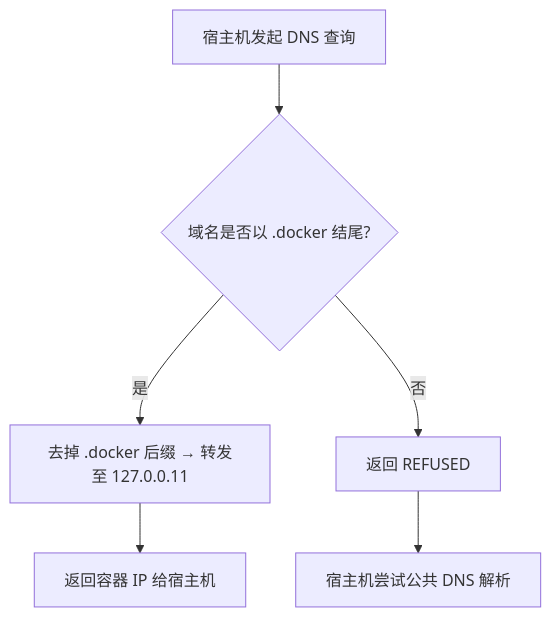
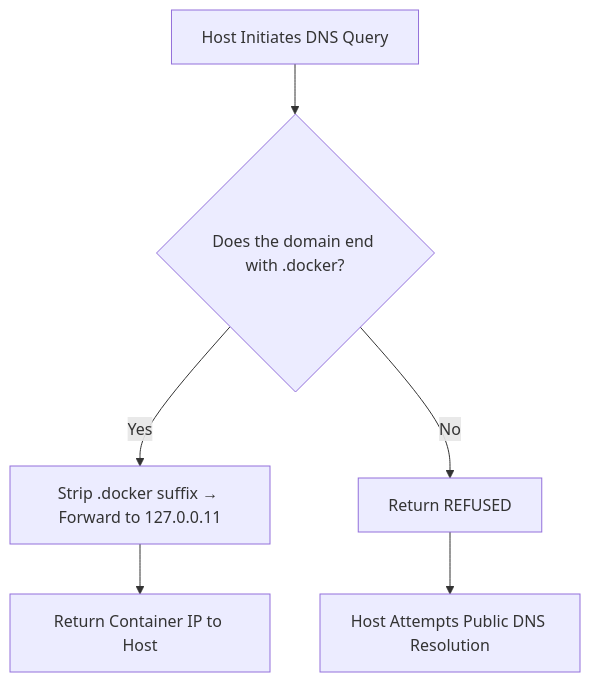
The diagram in README.md (bytesharky/docker-dns), drawn with Mermaid before and after one commit. The commit also changed other lines of this file and 1 other file, not shown here.

````diff
--- a/README.md
+++ b/README.md
@@ -71,8 +60,8 @@
 ```mermaid
 graph TD
-    A[宿主机发起 DNS 查询] --> B{域名是否以 .docker 结尾?}
-    B -->|是| C[去掉 .docker 后缀 → 转发至 127.0.0.11]
-    C --> D[返回容器 IP 给宿主机]
-    B -->|否| E[返回 REFUSED]
-    E --> F[宿主机尝试公共 DNS 解析]
-```
+    A[Host Initiates DNS Query] --> B{Does the domain end with .docker?}
+    B -->|Yes| C[Strip .docker suffix → Forward to 127.0.0.11]
+    C --> D[Return Container IP to Host]
+    B -->|No| E[Return REFUSED]
+    E --> F[Host Attempts Public DNS Resolution]
+```  
````
